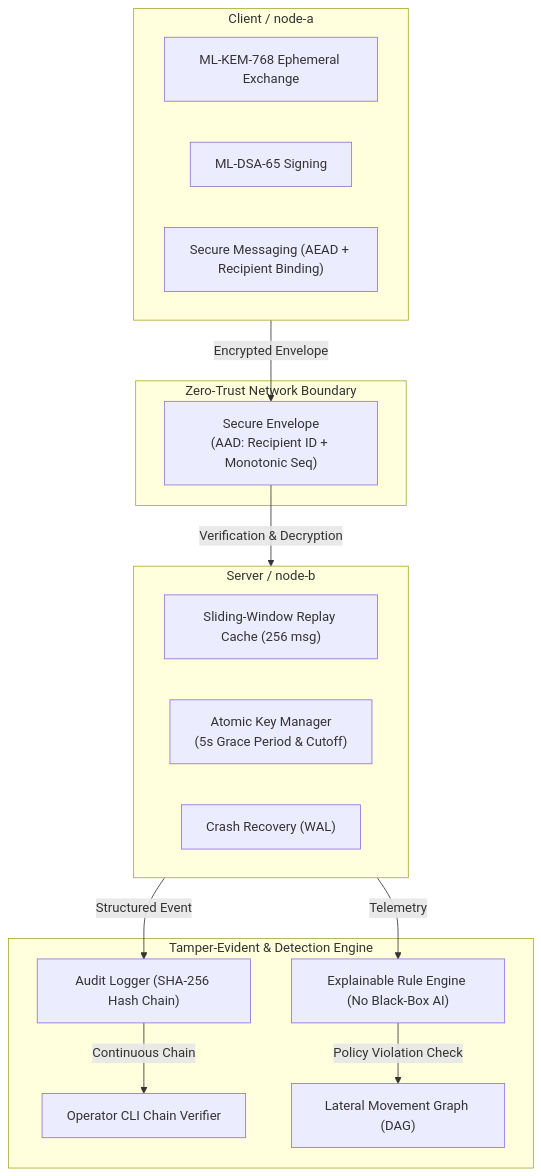
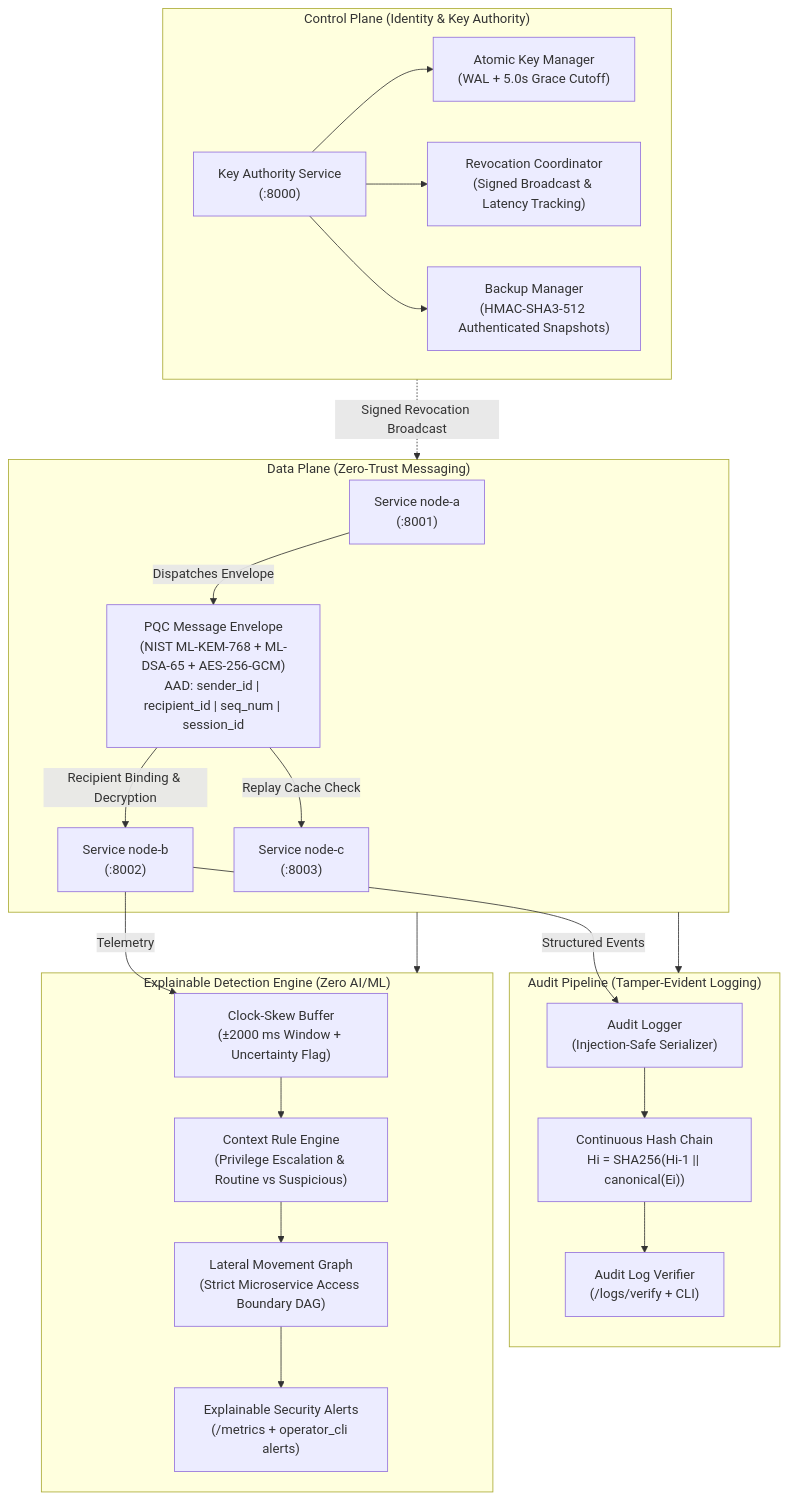
One commit to mayank-xrz/trust---verify changed the diagram in README.md. Above: the diagram before and after it, drawn with Mermaid. The commit also changed other lines of this file and 3 other files, not shown here.

````diff
--- a/README.md
+++ b/README.md
@@ -17,32 +28,50 @@
 ```mermaid
 flowchart TD
-    subgraph Client ["Client / node-a"]
-        KEM_A["ML-KEM-768 Ephemeral Exchange"]
-        SIG_A["ML-DSA-65 Signing"]
-        MSG_A["Secure Messaging (AEAD + Recipient Binding)"]
+    subgraph ControlPlane ["Control Plane (Identity & Key Authority)"]
+        KA["Key Authority Service\n(:8000)"]
+        KM["Atomic Key Manager\n(WAL + 5.0s Grace Cutoff)"]
+        REV["Revocation Coordinator\n(Signed Broadcast & Latency Tracking)"]
+        BKP["Backup Manager\n(HMAC-SHA3-512 Authenticated Snapshots)"]
+        KA --> KM
+        KA --> REV
+        KA --> BKP
     end
 
-    subgraph Network ["Zero-Trust Network Boundary"]
-        ENV["Secure Envelope\n(AAD: Recipient ID + Monotonic Seq)"]
+    subgraph DataPlane ["Data Plane (Zero-Trust Messaging)"]
+        NODE_A["Service node-a\n(:8001)"]
+        NODE_B["Service node-b\n(:8002)"]
+        NODE_C["Service node-c\n(:8003)"]
+        
+        ENV["PQC Message Envelope\n(NIST ML-KEM-768 + ML-DSA-65 + AES-256-GCM)\nAAD: sender_id | recipient_id | seq_num | session_id"]
+        
+        NODE_A -->|Dispatches Envelope| ENV
+        ENV -->|Recipient Binding & Decryption| NODE_B
+        ENV -->|Replay Cache Check| NODE_C
     end
 
-    subgraph Server ["Server / node-b"]
-        REPLAY["Sliding-Window Replay Cache (256 msg)"]
-        KM["Atomic Key Manager\n(5s Grace Period & Cutoff)"]
-        WAL["Crash Recovery (WAL)"]
+    subgraph AuditPipeline ["Audit Pipeline (Tamper-Evident Logging)"]
+        LOGGER["Audit Logger\n(Injection-Safe Serializer)"]
+        CHAIN["Continuous Hash Chain\nHi = SHA256(Hi-1 || canonical(Ei))"]
+        VERIFIER["Audit Log Verifier\n(/logs/verify + CLI)"]
+        
+        NODE_B -->|Structured Events| LOGGER
+        LOGGER --> CHAIN
+        CHAIN --> VERIFIER
     end
 
-    subgraph Security ["Tamper-Evident & Detection Engine"]
-        LOG["Audit Logger (SHA-256 Hash Chain)"]
-        VERIFY["Operator CLI Chain Verifier"]
-        DETECTOR["Explainable Rule Engine (No Black-Box AI)"]
-        LATERAL["Lateral Movement Graph (DAG)"]
+    subgraph ExplainableDetector ["Explainable Detection Engine (Zero AI/ML)"]
+        CLOCK["Clock-Skew Buffer\n(±2000 ms Window + Uncertainty Flag)"]
+        RULES["Context Rule Engine\n(Privilege Escalation & Routine vs Suspicious)"]
+        DAG["Lateral Movement Graph\n(Strict Microservice Access Boundary DAG)"]
+        ALERTS["Explainable Security Alerts\n(/metrics + operator_cli alerts)"]
+        
+        NODE_B -->|Telemetry| CLOCK
+        CLOCK --> RULES
+        RULES --> DAG
+        DAG --> ALERTS
     end
 
-    Client -->|Encrypted Envelope| ENV
-    ENV -->|Verification & Decryption| Server
-    Server -->|Structured Event| LOG
-    LOG -->|Continuous Chain| VERIFY
-    Server -->|Telemetry| DETECTOR
-    DETECTOR -->|Policy Violation Check| LATERAL
+    ControlPlane -.->|Signed Revocation Broadcast| DataPlane
+    DataPlane --> AuditPipeline
+    DataPlane --> ExplainableDetector
 ```
````
